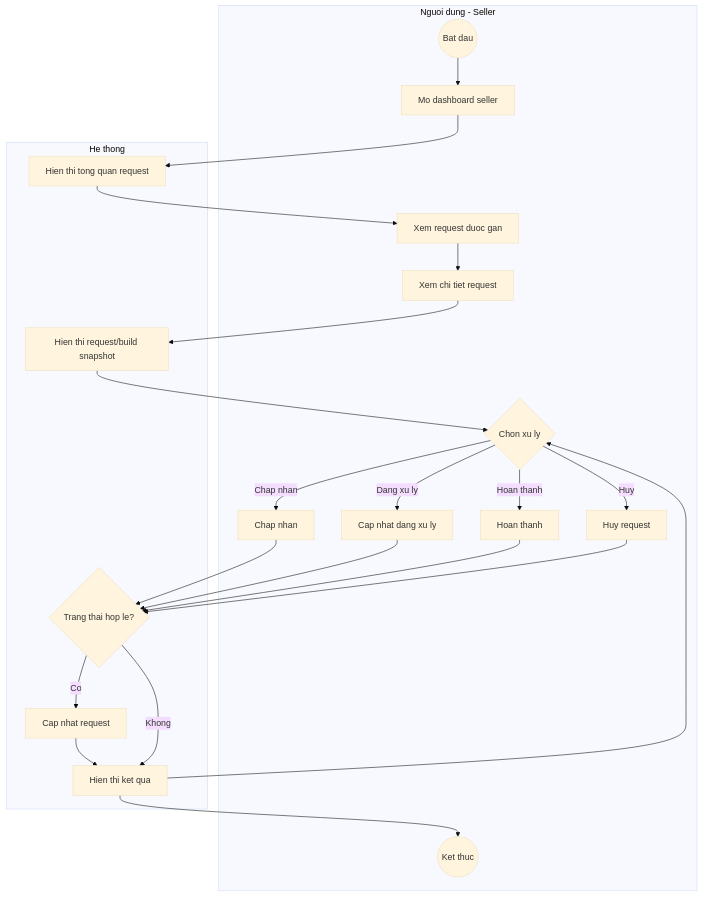
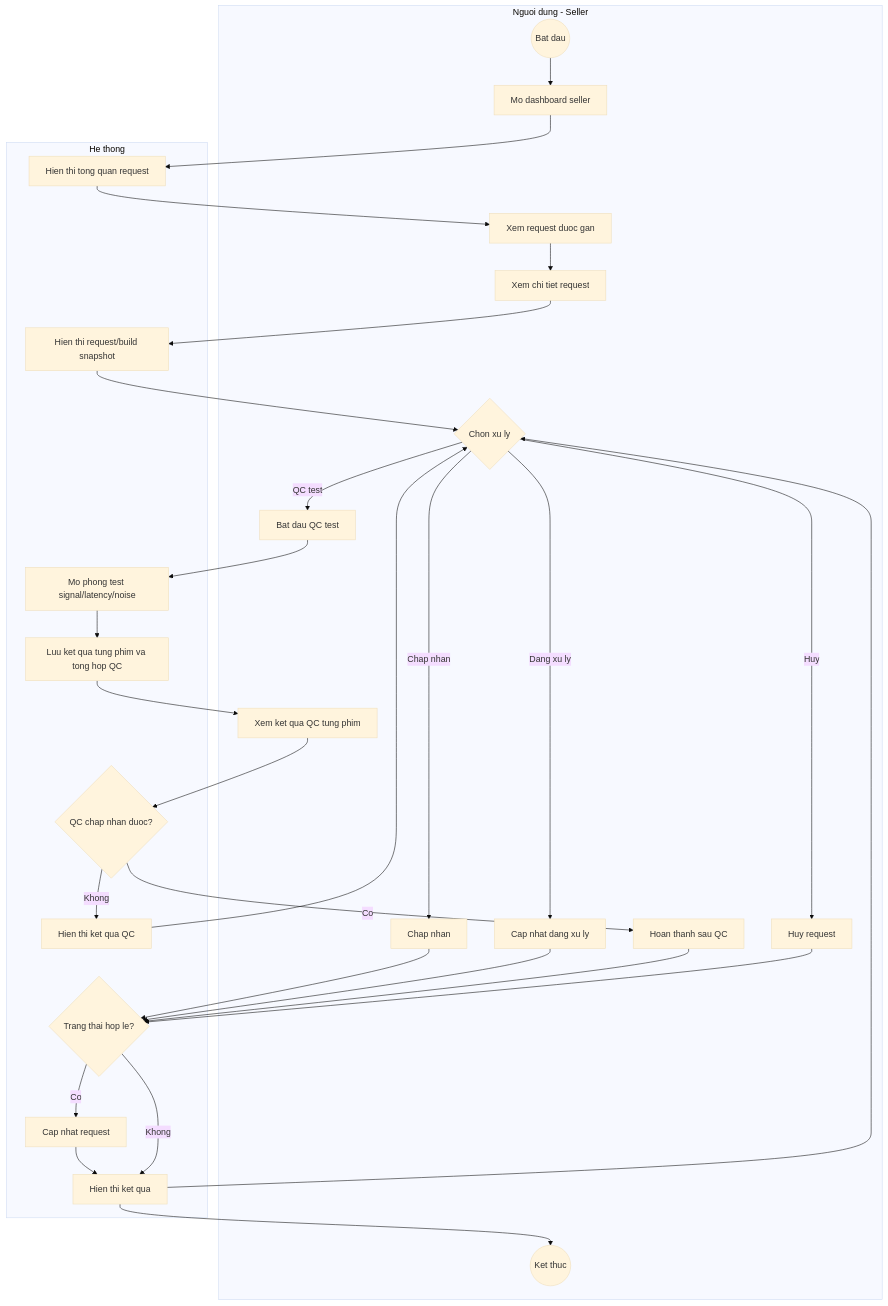
Before and after one commit to froynar/Custom_keyboard: the third of 6 diagrams in Documents_Refactor/Custom_Keyboard_Activity_Diagrams_Simplified.md, drawn with Mermaid (base theme). The commit also changed other lines of this file and 4 other files, not shown here.

Commit message:
đã thực hiện fix diagram, vẽ thì Activity diagram chỉ vẽ bản simplified

````diff
--- a/Documents_Refactor/Custom_Keyboard_Activity_Diagrams_Simplified.md
+++ b/Documents_Refactor/Custom_Keyboard_Activity_Diagrams_Simplified.md
@@ -97,31 +98,39 @@
 ```mermaid
 flowchart TD
     subgraph UserLane["Nguoi dung - Seller"]
         Start((Bat dau))
         OpenDashboard[Mo dashboard seller]
         ViewRequests[Xem request duoc gan]
         OpenDetail[Xem chi tiet request]
         Action{Chon xu ly}
         Accept[Chap nhan]
         Progress[Cap nhat dang xu ly]
-        Complete[Hoan thanh]
+        StartQc[Bat dau QC test]
+        ReviewQc[Xem ket qua QC tung phim]
+        Complete[Hoan thanh sau QC]
         Cancel[Huy request]
         End((Ket thuc))
     end
 
     subgraph SystemLane["He thong"]
         ShowDashboard[Hien thi tong quan request]
         LoadRequest[Hien thi request/build snapshot]
         ValidateStatus{Trang thai hop le?}
         UpdateStatus[Cap nhat request]
+        RunQc[Mo phong test signal/latency/noise]
+        SaveQc[Luu ket qua tung phim va tong hop QC]
+        QcOk{QC chap nhan duoc?}
+        ShowQcResult[Hien thi ket qua QC]
         ShowResult[Hien thi ket qua]
     end
 
     Start --> OpenDashboard --> ShowDashboard --> ViewRequests --> OpenDetail --> LoadRequest --> Action
     Action -- Chap nhan --> Accept --> ValidateStatus
     Action -- Dang xu ly --> Progress --> ValidateStatus
-    Action -- Hoan thanh --> Complete --> ValidateStatus
+    Action -- QC test --> StartQc --> RunQc --> SaveQc --> ReviewQc --> QcOk
+    QcOk -- Khong --> ShowQcResult --> Action
+    QcOk -- Co --> Complete --> ValidateStatus
     Action -- Huy --> Cancel --> ValidateStatus
     ValidateStatus -- Co --> UpdateStatus --> ShowResult --> End
     ValidateStatus -- Khong --> ShowResult --> Action
 ```
````
